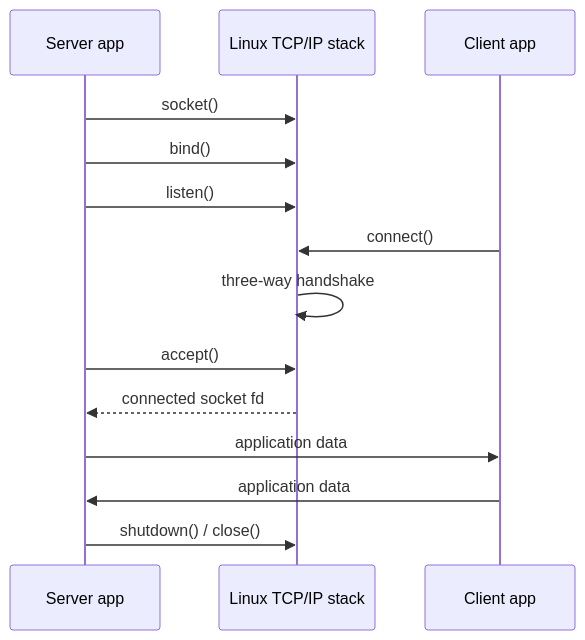
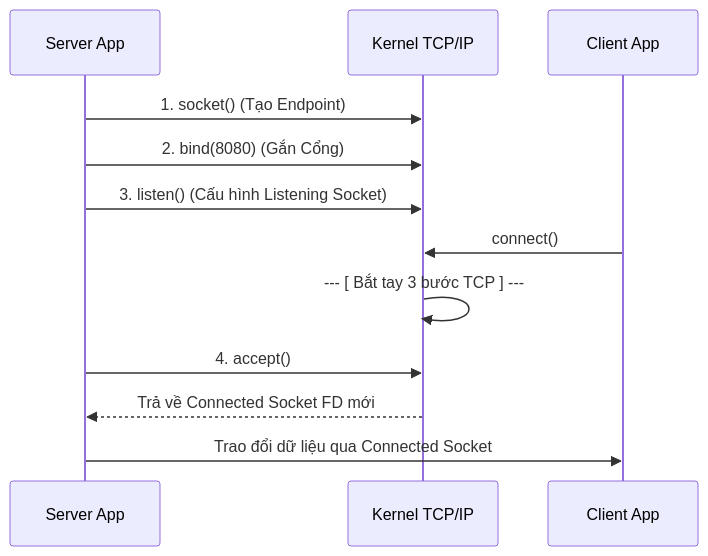
Before and after one commit to hai-kevins/embedded-linux: the first of 2 diagrams in phase-01/README-topic-09.md, drawn with Mermaid. The commit also changed other lines of this file and 4 other files, not shown here.

````diff
--- a/phase-01/README-topic-09.md
+++ b/phase-01/README-topic-09.md
@@ -981,17 +369,15 @@
 ```mermaid
 sequenceDiagram
-    participant S as Server app
-    participant K as Linux TCP/IP stack
-    participant C as Client app
+    participant S as Server App
+    participant K as Kernel TCP/IP
+    participant C as Client App
 
-    S->>K: socket()
-    S->>K: bind()
-    S->>K: listen()
-    C->>K: connect()
-    K->>K: three-way handshake
-    S->>K: accept()
-    K-->>S: connected socket fd
-    S->>C: application data
-    C->>S: application data
-    S->>K: shutdown() / close()
+    S->>K: 1. socket() (Tạo Endpoint)
+    S->>K: 2. bind(8080) (Gắn Cổng)
+    S->>K: 3. listen() (Cấu hình Listening Socket)
+    C->>K: connect() 
+    K->>K: --- [ Bắt tay 3 bước TCP ] ---
+    S->>K: 4. accept()
+    K-->>S: Trả về Connected Socket FD mới
+    S->>C: Trao đổi dữ liệu qua Connected Socket
 ```
````
